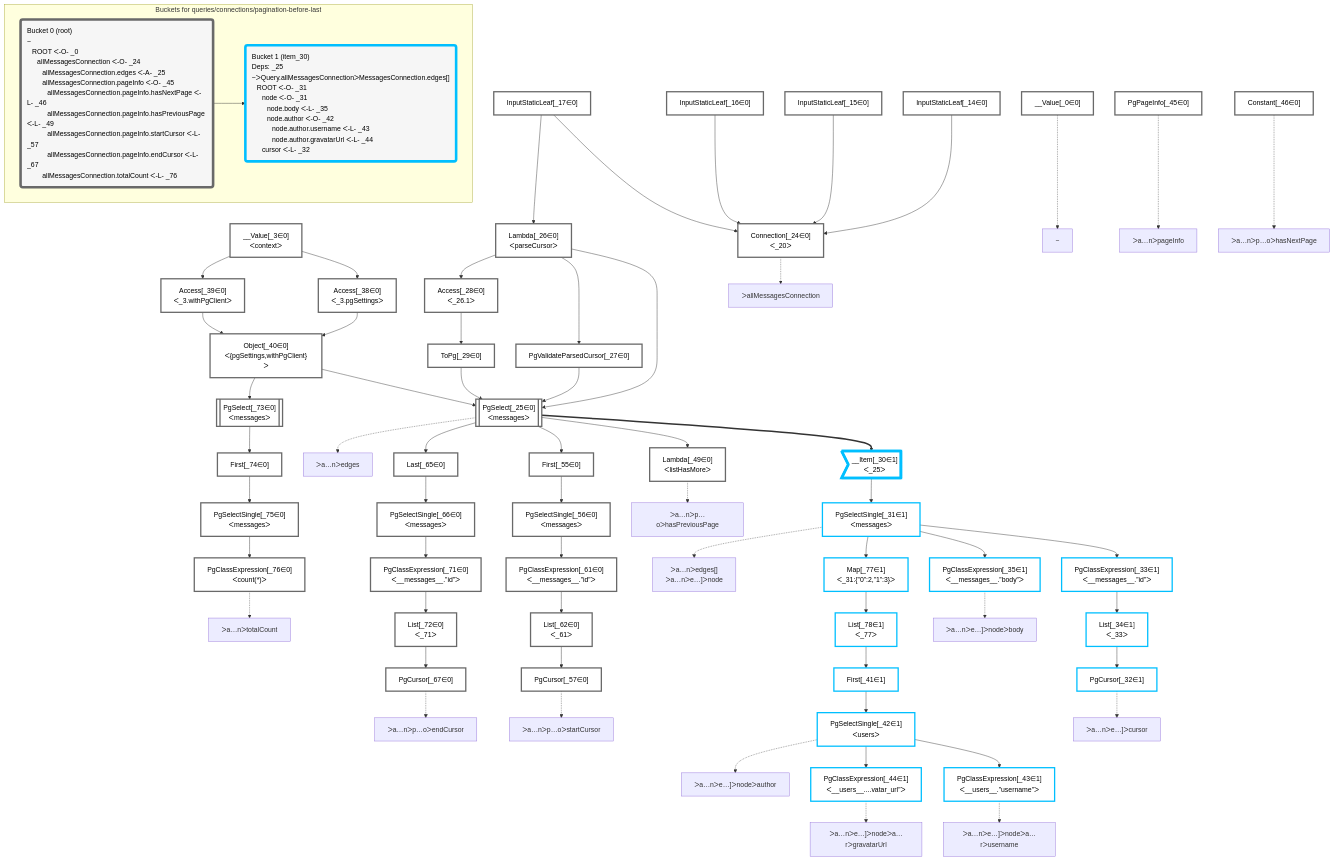
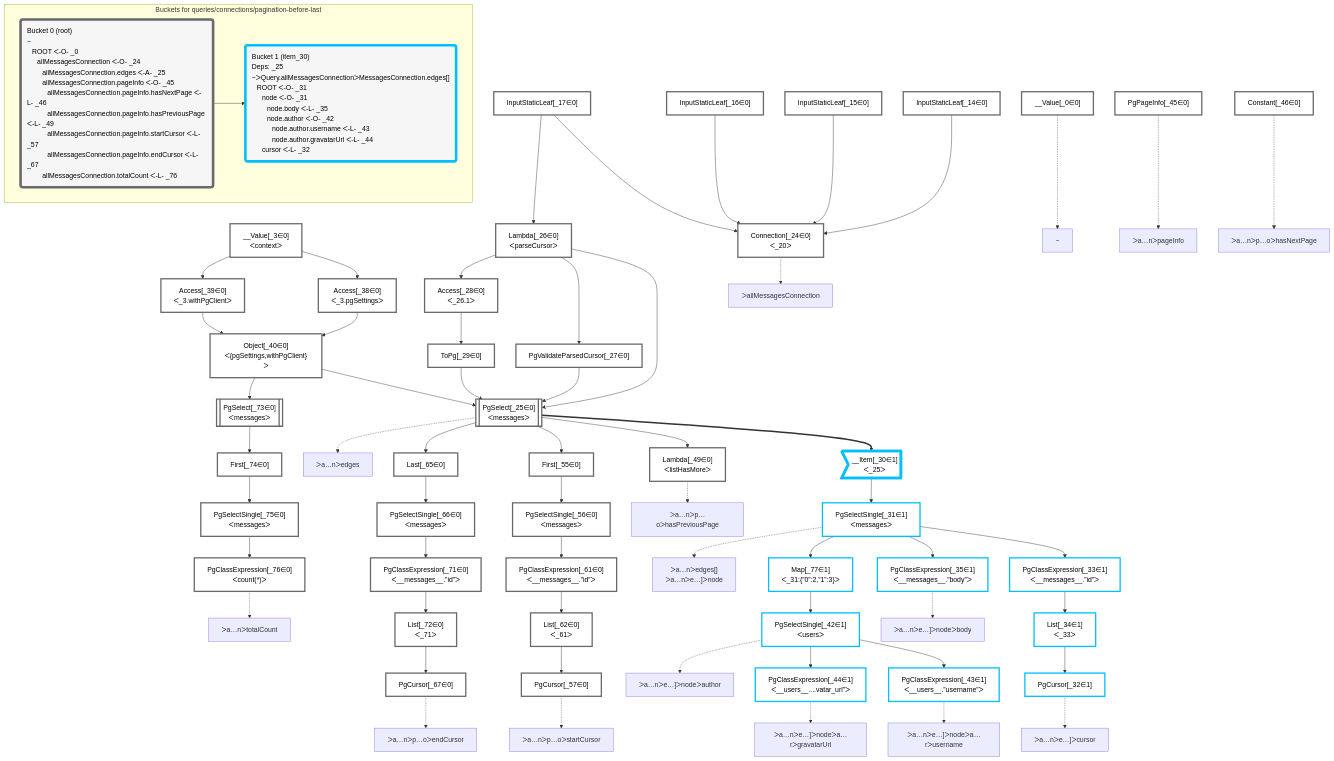
Before and after one commit to graphile/crystal: the diagram in packages/dataplan-pg/__tests__/queries/connections/pagination-before-last.mermaid.md, drawn with Mermaid. The commit also changed 67 other files, not shown here.

```diff
--- a/packages/dataplan-pg/__tests__/queries/connections/pagination-before-last.mermaid.md
+++ b/packages/dataplan-pg/__tests__/queries/connections/pagination-before-last.mermaid.md
@@ -29,7 +29,6 @@
     Access_38["Access[_38∈0]<br />ᐸ_3.pgSettingsᐳ"]:::plan
     Access_39["Access[_39∈0]<br />ᐸ_3.withPgClientᐳ"]:::plan
     Object_40["Object[_40∈0]<br />ᐸ{pgSettings,withPgClient}ᐳ"]:::plan
-    First_41["First[_41∈1]"]:::plan
     PgSelectSingle_42["PgSelectSingle[_42∈1]<br />ᐸusersᐳ"]:::plan
     PgClassExpression_43["PgClassExpression[_43∈1]<br />ᐸ__users__.”username”ᐳ"]:::plan
     PgClassExpression_44["PgClassExpression[_44∈1]<br />ᐸ__users__....vatar_url”ᐳ"]:::plan
@@ -51,7 +50,6 @@
     PgSelectSingle_75["PgSelectSingle[_75∈0]<br />ᐸmessagesᐳ"]:::plan
     PgClassExpression_76["PgClassExpression[_76∈0]<br />ᐸcount(*)ᐳ"]:::plan
     Map_77["Map[_77∈1]<br />ᐸ_31:{”0”:2,”1”:3}ᐳ"]:::plan
-    List_78["List[_78∈1]<br />ᐸ_77ᐳ"]:::plan
 
     %% plan dependencies
     InputStaticLeaf_14 --> Connection_24
@@ -76,8 +74,7 @@
     __Value_3 --> Access_39
     Access_38 --> Object_40
     Access_39 --> Object_40
-    List_78 --> First_41
-    First_41 --> PgSelectSingle_42
+    Map_77 --> PgSelectSingle_42
     PgSelectSingle_42 --> PgClassExpression_43
     PgSelectSingle_42 --> PgClassExpression_44
     PgSelect_25 --> Lambda_49
@@ -96,7 +93,6 @@
     First_74 --> PgSelectSingle_75
     PgSelectSingle_75 --> PgClassExpression_76
     PgSelectSingle_31 --> Map_77
-    Map_77 --> List_78
 
     %% plan-to-path relationships
     P_0["~"]
@@ -134,7 +130,7 @@
     classDef bucket0 stroke:#696969
     class __Value_0,__Value_3,InputStaticLeaf_14,InputStaticLeaf_15,InputStaticLeaf_16,InputStaticLeaf_17,Connection_24,PgSelect_25,Lambda_26,PgValidateParsedCursor_27,Access_28,ToPg_29,Access_38,Access_39,Object_40,PgPageInfo_45,Constant_46,Lambda_49,First_55,PgSelectSingle_56,PgCursor_57,PgClassExpression_61,List_62,Last_65,PgSelectSingle_66,PgCursor_67,PgClassExpression_71,List_72,PgSelect_73,First_74,PgSelectSingle_75,PgClassExpression_76 bucket0
     classDef bucket1 stroke:#00bfff
-    class __Item_30,PgSelectSingle_31,PgCursor_32,PgClassExpression_33,List_34,PgClassExpression_35,First_41,PgSelectSingle_42,PgClassExpression_43,PgClassExpression_44,Map_77,List_78 bucket1
+    class __Item_30,PgSelectSingle_31,PgCursor_32,PgClassExpression_33,List_34,PgClassExpression_35,PgSelectSingle_42,PgClassExpression_43,PgClassExpression_44,Map_77 bucket1
 
     subgraph "Buckets for queries/connections/pagination-before-last"
     Bucket0("Bucket 0 (root)<br />~<br />⠀ROOT ᐸ-O- _0<br />⠀⠀allMessagesConnection ᐸ-O- _24<br />⠀⠀⠀allMessagesConnection.edges ᐸ-A- _25<br />⠀⠀⠀allMessagesConnection.pageInfo ᐸ-O- _45<br />⠀⠀⠀⠀allMessagesConnection.pageInfo.hasNextPage ᐸ-L- _46<br />⠀⠀⠀⠀allMessagesConnection.pageInfo.hasPreviousPage ᐸ-L- _49<br />⠀⠀⠀⠀allMessagesConnection.pageInfo.startCursor ᐸ-L- _57<br />⠀⠀⠀⠀allMessagesConnection.pageInfo.endCursor ᐸ-L- _67<br />⠀⠀⠀allMessagesConnection.totalCount ᐸ-L- _76"):::bucket
```
